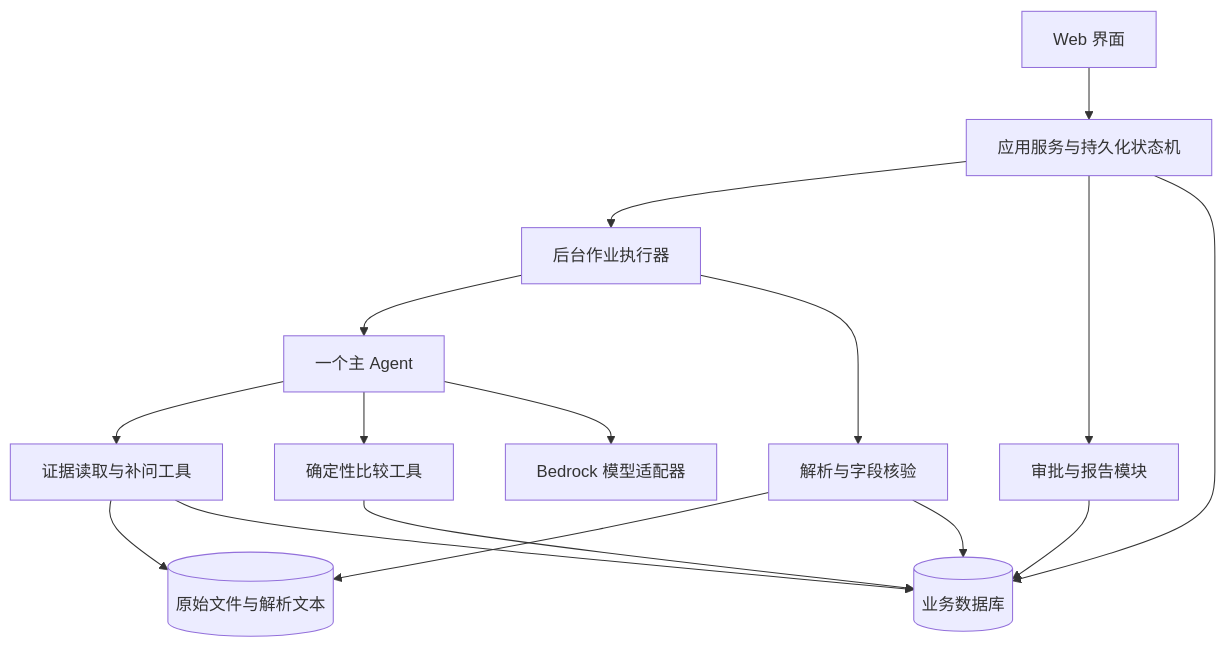
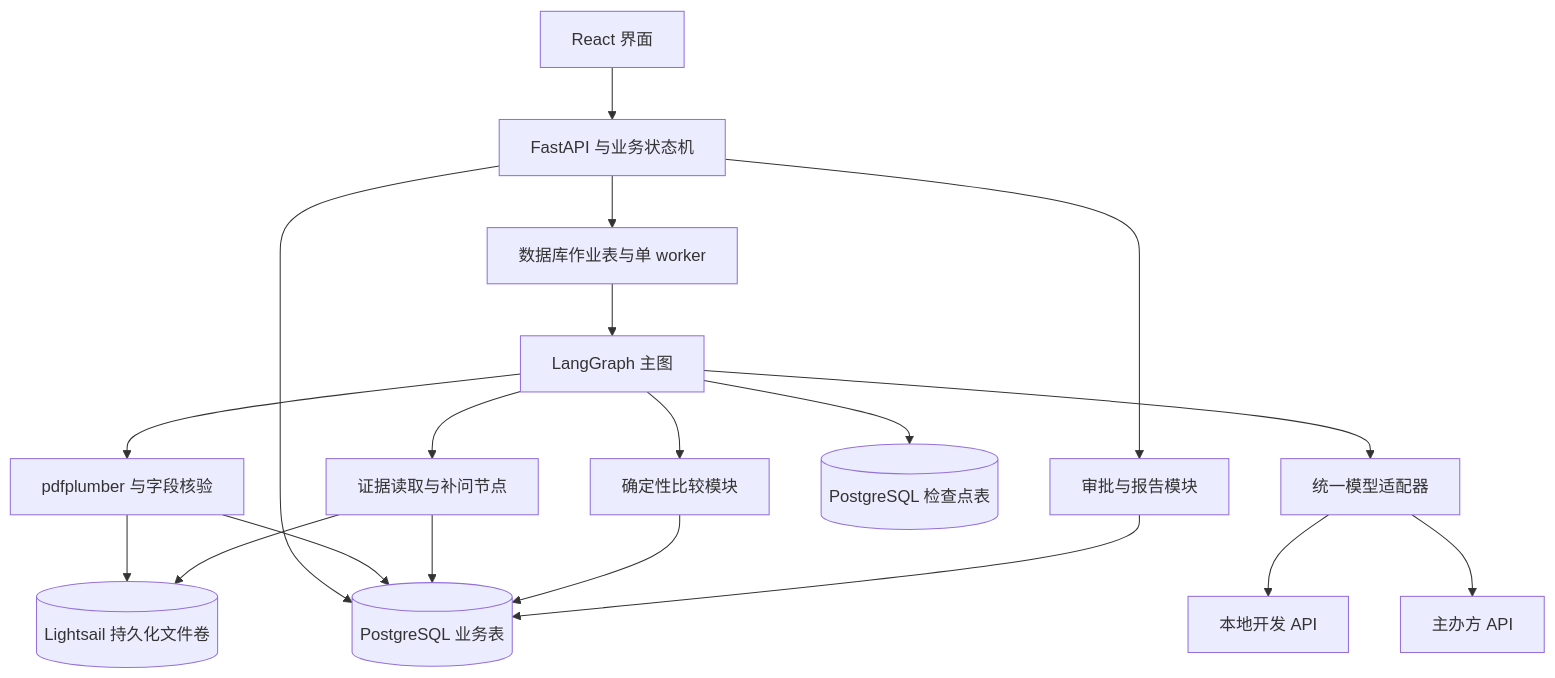
One commit to daydreamer17/Team-QQFARM changed the diagram in docs/ARCHITECTURE.md. Above: the diagram before and after it, drawn with Mermaid. The commit also changed other lines of this file and 3 other files, not shown here.

````diff
--- a/docs/ARCHITECTURE.md
+++ b/docs/ARCHITECTURE.md
@@ -38,18 +38,21 @@
 ```mermaid
 flowchart TD
-    UI[Web 界面] --> APP[应用服务与持久化状态机]
-    APP --> JOB[后台作业执行器]
-    JOB --> AG[一个主 Agent]
-    JOB --> PARSE[解析与字段核验]
-    AG --> READ[证据读取与补问工具]
-    AG --> COMP[确定性比较工具]
-    AG --> MODEL[Bedrock 模型适配器]
+    UI[React 界面] --> APP[FastAPI 与业务状态机]
+    APP --> JOB[数据库作业表与单 worker]
+    JOB --> AG[LangGraph 主图]
+    AG --> PARSE[pdfplumber 与字段核验]
+    AG --> READ[证据读取与补问节点]
+    AG --> COMP[确定性比较模块]
+    AG --> MODEL[统一模型适配器]
+    MODEL --> LOCAL[本地开发 API]
+    MODEL --> AWS[主办方 API]
+    AG --> CP[(PostgreSQL 检查点表)]
     APP --> REVIEW[审批与报告模块]
-    APP --> DB[(业务数据库)]
-    PARSE --> FILES[(原始文件与解析文本)]
+    APP --> DB[(PostgreSQL 业务表)]
+    PARSE --> FILES[(Lightsail 持久化文件卷)]
     PARSE --> DB
     READ --> FILES
     READ --> DB
     COMP --> DB
     REVIEW --> DB
 ```
````
